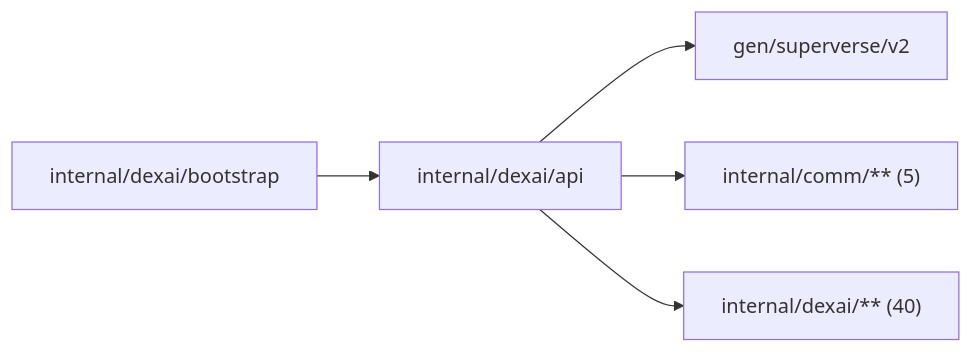
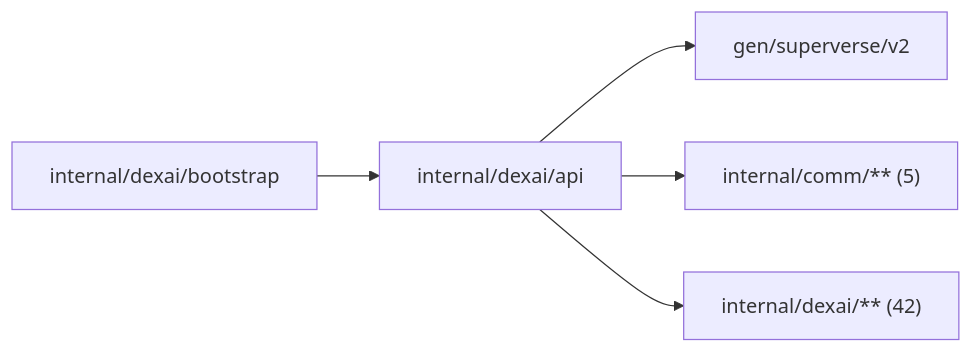
One commit to superdurable/superverse changed the diagram in internal/dexai/api/README.md. Above: the diagram before and after it, drawn with Mermaid. The commit also changed other lines of this file and 145 other files, not shown here.

````diff
--- a/internal/dexai/api/README.md
+++ b/internal/dexai/api/README.md
@@ -10,8 +10,8 @@
 ```mermaid
 flowchart LR
   self["internal/dexai/api"]
   c0["internal/dexai/bootstrap"] --> self
   self --> d0["gen/superverse/v2"]
   self --> d1["internal/comm/** (5)"]
-  self --> d2["internal/dexai/** (40)"]
+  self --> d2["internal/dexai/** (42)"]
 ```
````
